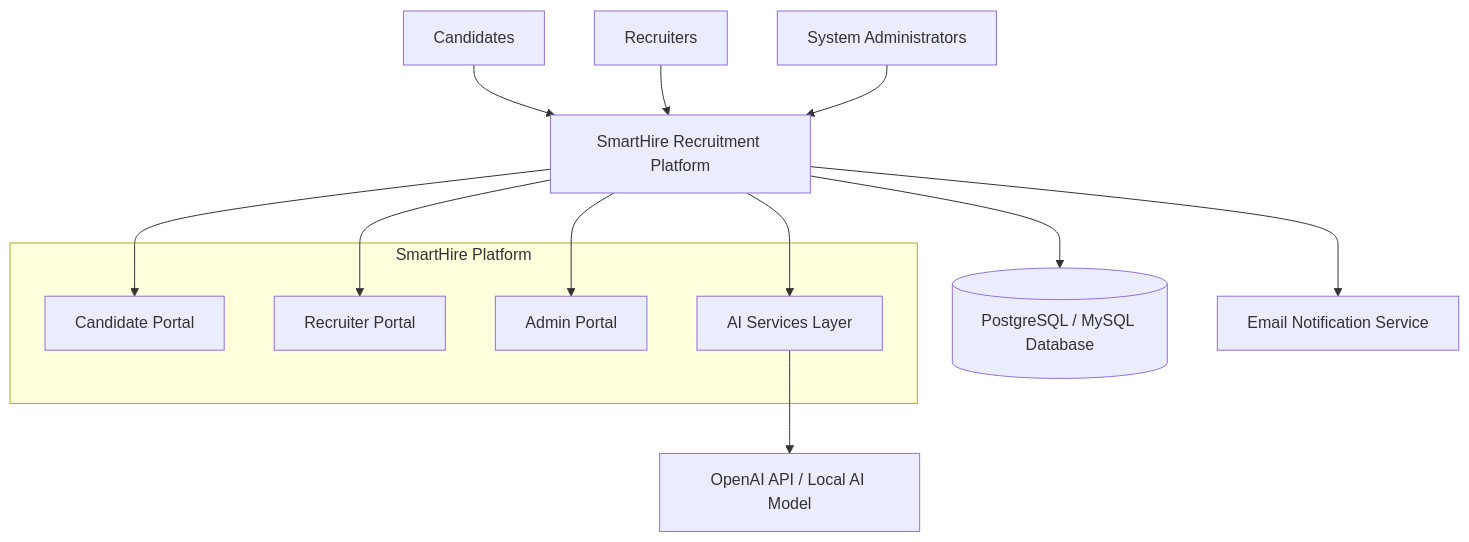
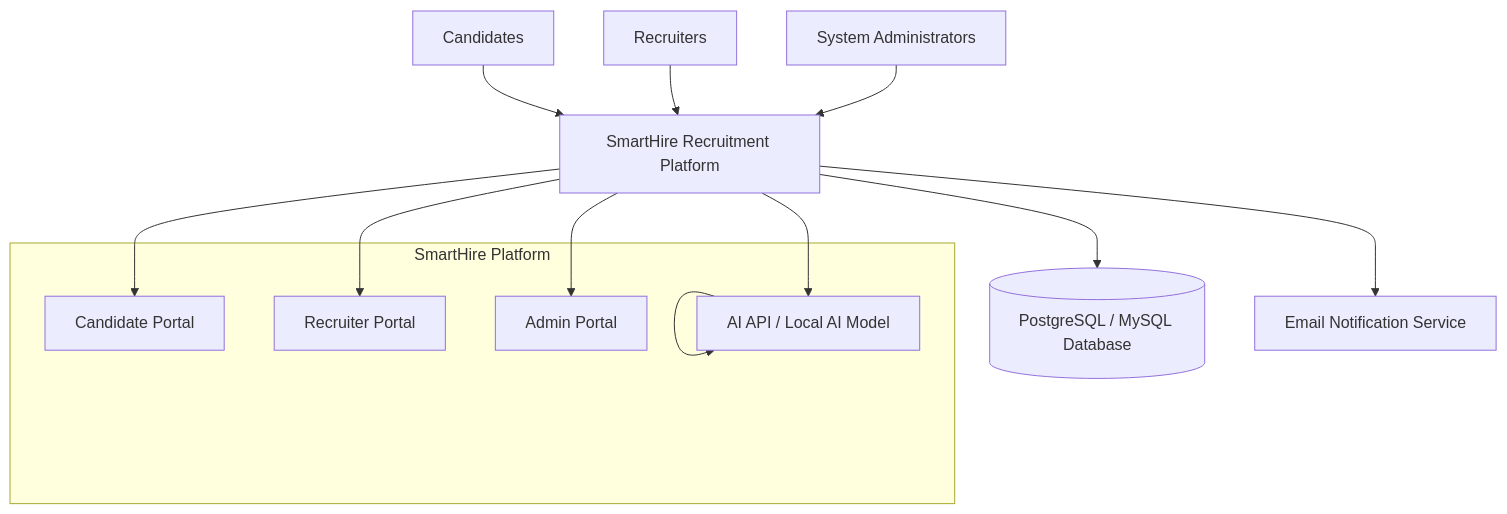
The diagram in docs/vision_document_preview/4_Product_Overview.md (quocuy0112/Software-Engineering---Group-9), drawn with Mermaid before and after one commit. The commit also changed other lines of this file, not shown here.

````diff
--- a/docs/vision_document_preview/4_Product_Overview.md
+++ b/docs/vision_document_preview/4_Product_Overview.md
@@ -78,29 +78,29 @@
 ```mermaid
 graph TD
 
     Candidate[Candidates]
     Recruiter[Recruiters]
     Admin[System Administrators]
 
     Candidate --> SmartHire
     Recruiter --> SmartHire
     Admin --> SmartHire
 
     subgraph SmartHire Platform
         CP[Candidate Portal]
         RP[Recruiter Portal]
         AP[Admin Portal]
         AI[AI Services Layer]
     end
 
     SmartHire[SmartHire Recruitment Platform]
 
     SmartHire --> CP
     SmartHire --> RP
     SmartHire --> AP
     SmartHire --> AI
 
-    AI --> OpenAI[OpenAI API / Local AI Model]
+    AI --> AI[AI API / Local AI Model]
     SmartHire --> DB[(PostgreSQL / MySQL Database)]
     SmartHire --> Email[Email Notification Service]
 ```
````
